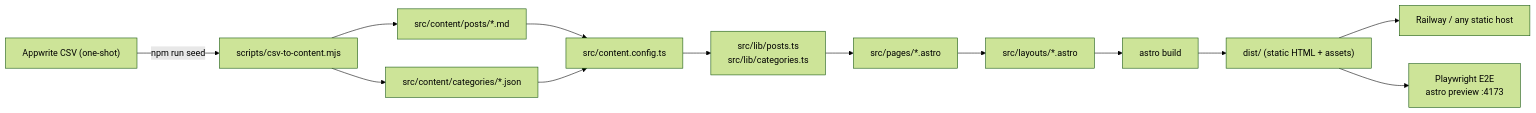
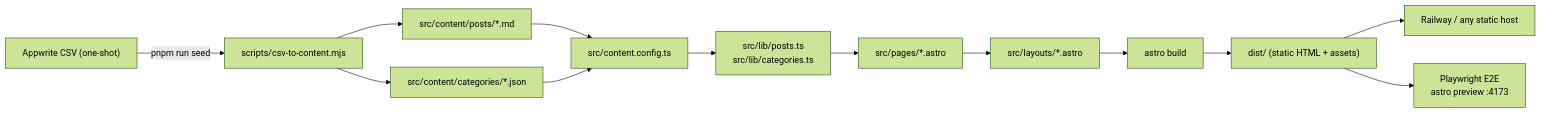
Before and after one commit to sg208/mindful: the diagram in README.md, drawn with Mermaid (forest theme). The commit also changed other lines of this file and 8 other files, not shown here.

````diff
--- a/README.md
+++ b/README.md
@@ -30,15 +30,15 @@
 ```mermaid
 flowchart LR
-  csv["Appwrite CSV (one-shot)"] -->|"npm run seed"| seed[scripts/csv-to-content.mjs]
+  csv["Appwrite CSV (one-shot)"] -->|"pnpm run seed"| seed[scripts/csv-to-content.mjs]
   seed --> posts["src/content/posts/*.md"]
   seed --> cats["src/content/categories/*.json"]
   posts --> schema[src/content.config.ts]
   cats --> schema
   schema --> helpers["src/lib/posts.ts<br/>src/lib/categories.ts"]
   helpers --> pages["src/pages/*.astro"]
   pages --> layouts["src/layouts/*.astro"]
   layouts --> astroBuild["astro build"]
   astroBuild --> dist["dist/ (static HTML + assets)"]
   dist --> host[Railway / any static host]
   dist --> e2e["Playwright E2E<br/>astro preview :4173"]
 ```
````
